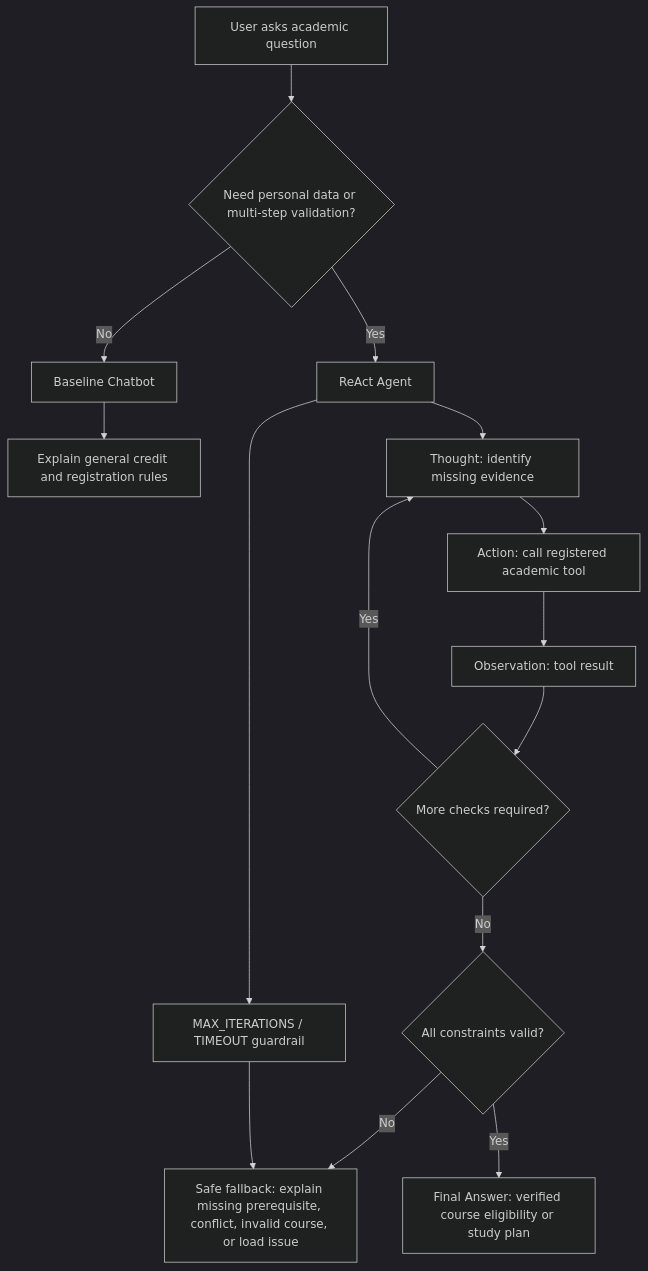
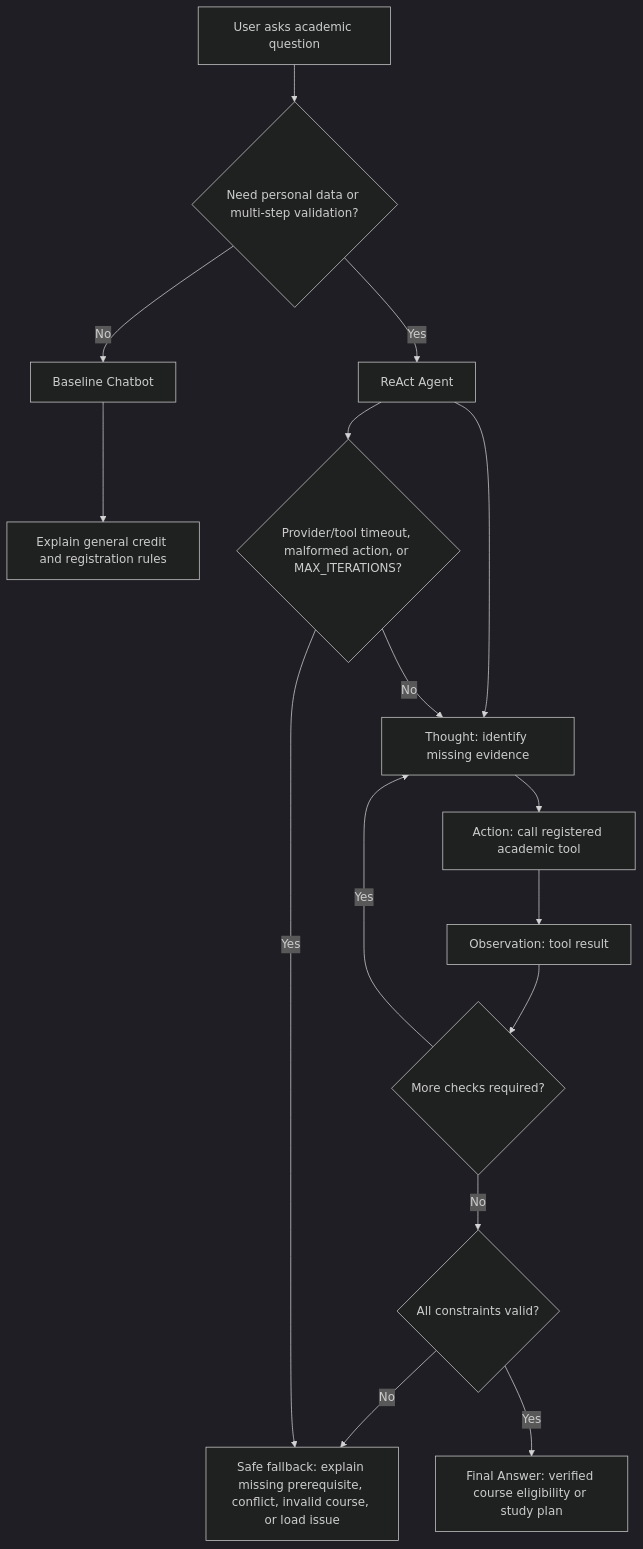
Before and after one commit to phuongnx2112003/K3-Day03-C3-2-E403: the diagram in docs/hybrid_flowchart.mermaid, drawn with Mermaid (dark theme). The commit also changed 7 other files, not shown here.

Commit message:
Moc 4: Cross Audit & Hybrid Flowchart Hoan thanh

```diff
--- a/docs/hybrid_flowchart.mermaid
+++ b/docs/hybrid_flowchart.mermaid
@@ -1,15 +1,16 @@
 flowchart TD
     A[User asks academic question] --> B{Need personal data or multi-step validation?}
     B -- "No" --> C[Baseline Chatbot]
     C --> D[Explain general credit and registration rules]
     B -- "Yes" --> E[ReAct Agent]
     E --> F[Thought: identify missing evidence]
     F --> G[Action: call registered academic tool]
     G --> H[Observation: tool result]
     H --> I{More checks required?}
     I -- "Yes" --> F
     I -- "No" --> J{All constraints valid?}
     J -- "No" --> K[Safe fallback: explain missing prerequisite, conflict, invalid course, or load issue]
     J -- "Yes" --> L[Final Answer: verified course eligibility or study plan]
-    E --> M[MAX_ITERATIONS / TIMEOUT guardrail]
-    M --> K
+    E --> M{Provider/tool timeout, malformed action, or MAX_ITERATIONS?}
+    M -- "Yes" --> K
+    M -- "No" --> F
```
